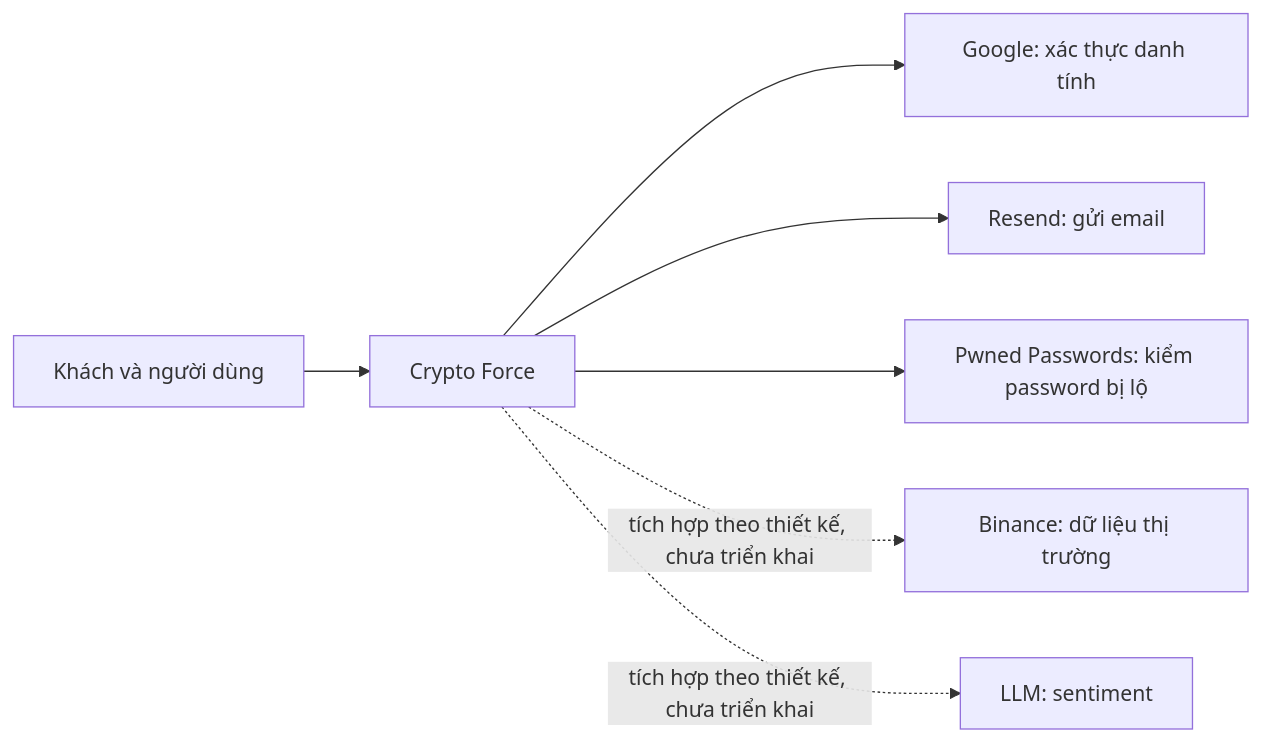
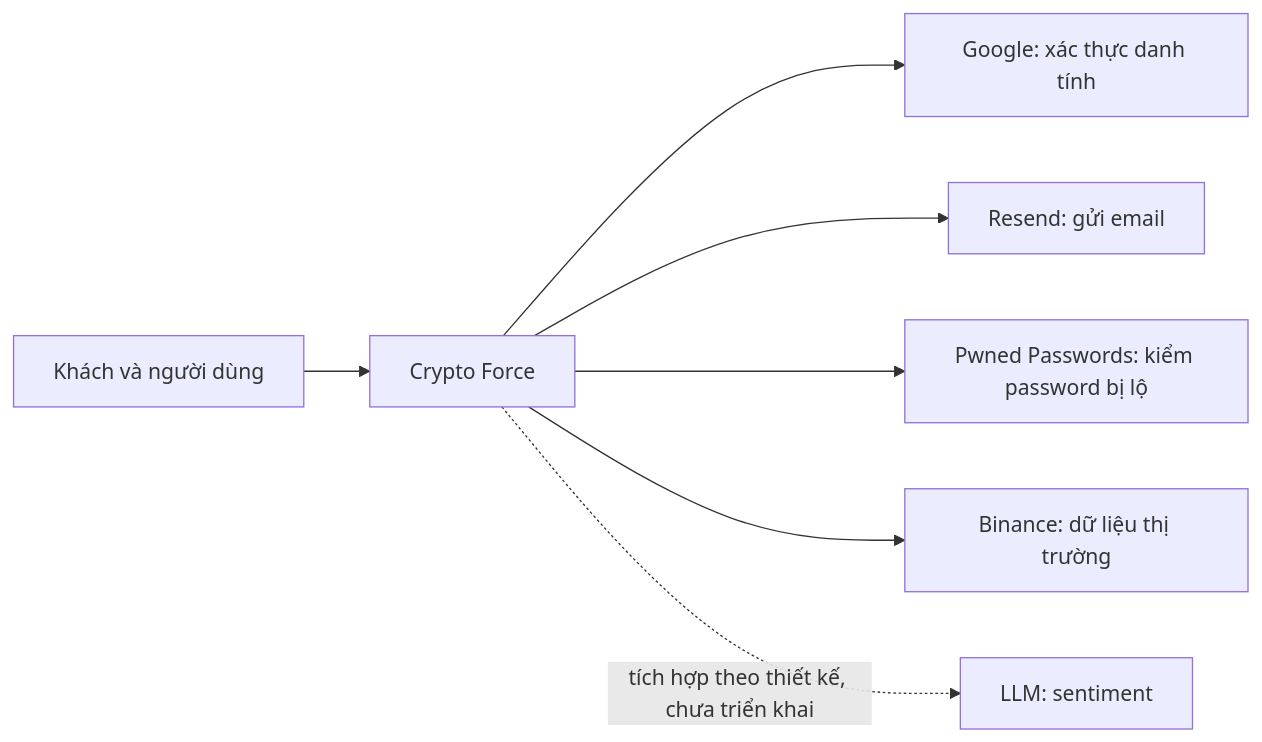
Before and after one commit to BuhDuy256/crypto-force: the first of 2 diagrams in docs/architecture/00-system.md, drawn with Mermaid. The commit also changed other lines of this file and 10 other files, not shown here.

````diff
--- a/docs/architecture/00-system.md
+++ b/docs/architecture/00-system.md
@@ -17,9 +17,9 @@
 ```mermaid
 flowchart LR
     U[Khách và người dùng] --> CF[Crypto Force]
     CF --> G[Google: xác thực danh tính]
     CF --> R[Resend: gửi email]
     CF --> P[Pwned Passwords: kiểm password bị lộ]
-    CF -. tích hợp theo thiết kế, chưa triển khai .-> BI[Binance: dữ liệu thị trường]
+    CF --> BI[Binance: dữ liệu thị trường]
     CF -. tích hợp theo thiết kế, chưa triển khai .-> L[LLM: sentiment]
 ```
````
